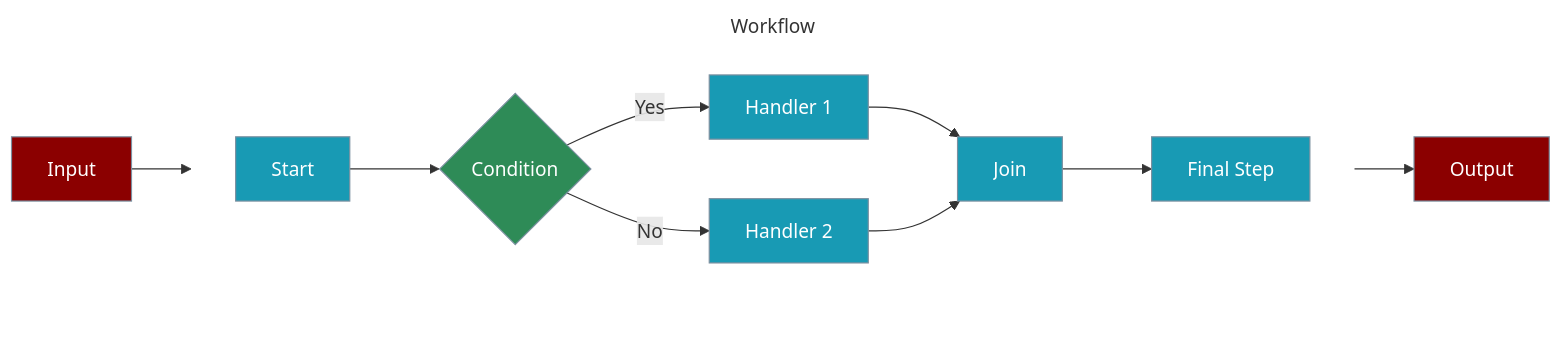
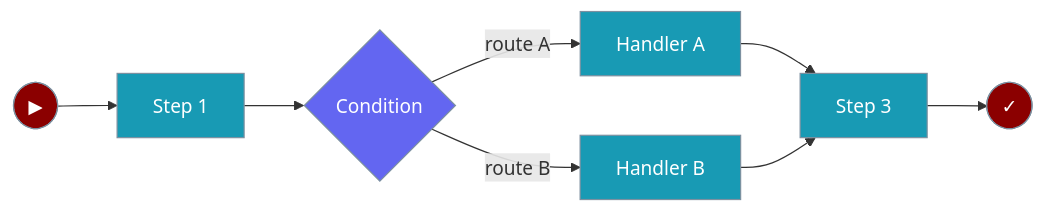
The fourth of 5 diagrams in docs/concepts/process.mdx (MervinPraison/PraisonAIDocs), drawn with Mermaid before and after one commit. The commit also changed other lines of this file and 12 other files, not shown here.

````diff
--- a/docs/concepts/process.mdx
+++ b/docs/concepts/process.mdx
@@ -133,26 +145,21 @@
 ```mermaid
 graph LR
-    Input[Input] --> Start
+    Input([▶]) --> Start[Step 1]
+    Start --> C{Condition}
     
-    subgraph Workflow
-        direction LR
-        Start[Start] --> C1{Condition}
-        C1 --> |Yes| A1[Handler 1]
-        C1 --> |No| A2[Handler 2]
-        A1 --> Join
-        A2 --> Join
-        Join --> A3[Final Step]
-    end
+    C -->|route A| A[Handler A]
+    C -->|route B| B[Handler B]
     
-    A3 --> Output[Output]
-
-    classDef input fill:#8B0000,stroke:#7C90A0,color:#fff
-    classDef process fill:#189AB4,stroke:#7C90A0,color:#fff
-    classDef decision fill:#2E8B57,stroke:#7C90A0,color:#fff
-    classDef transparent fill:none,stroke:none
-
-    class Input,Output input
-    class Start,A1,A2,A3,Join process
-    class C1 decision
-    class Workflow transparent
+    A --> Join[Step 3]
+    B --> Join
+    
+    Join --> Output([✓])
+    
+    classDef io fill:#8B0000,stroke:#7C90A0,color:#fff
+    classDef step fill:#189AB4,stroke:#7C90A0,color:#fff
+    classDef condition fill:#6366F1,stroke:#7C90A0,color:#fff
+    
+    class Input,Output io
+    class Start,A,B,Join step
+    class C condition
 ```
````
